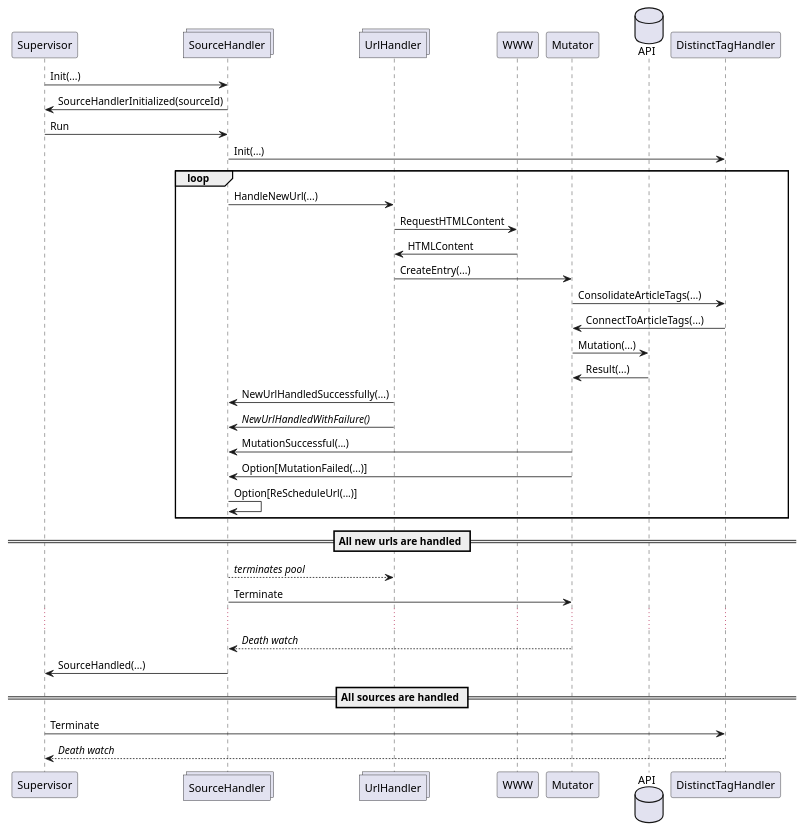
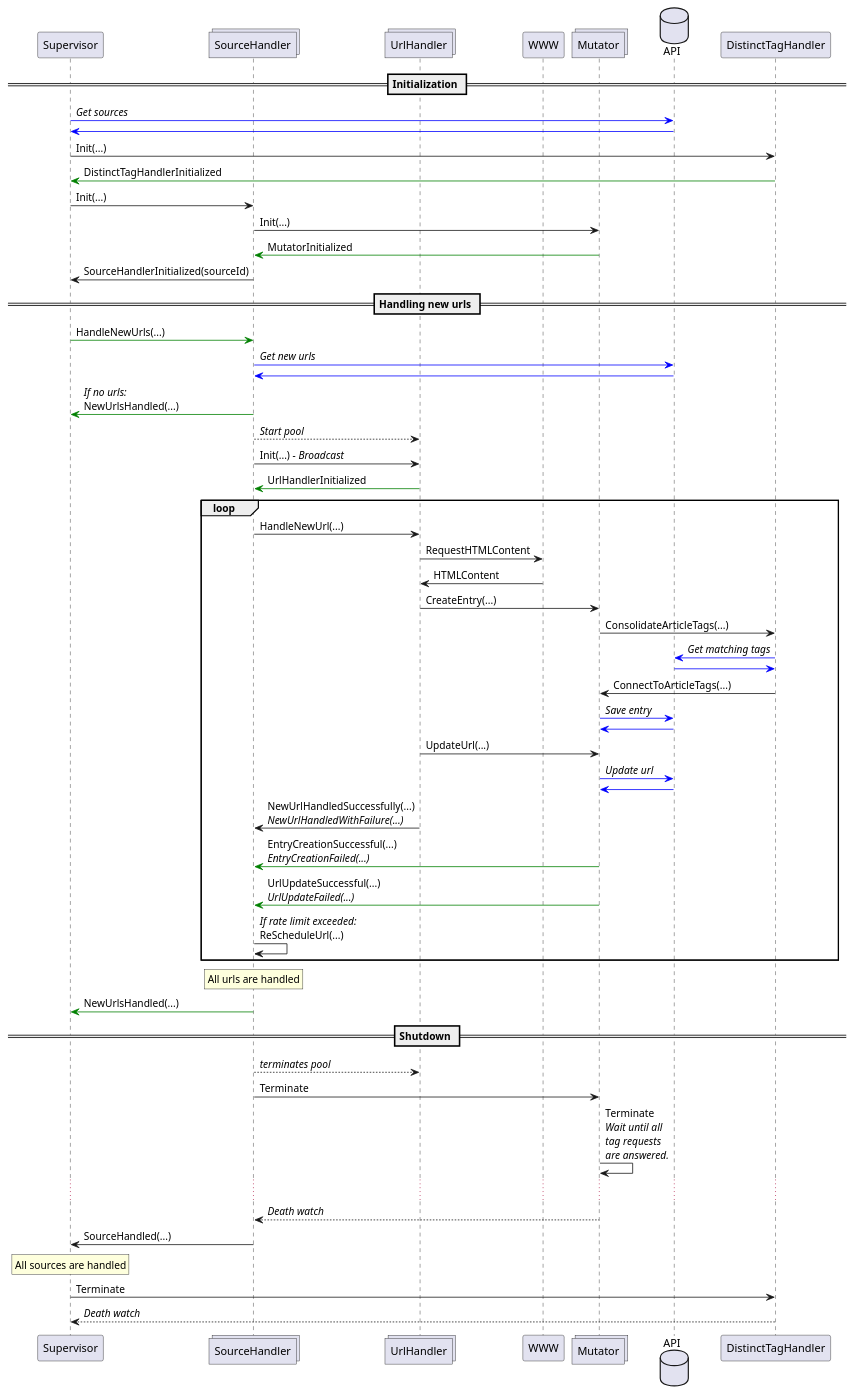
One commit to coverified/content_extractor changed the diagram in doc/draft.puml. Above: the diagram before and after it, drawn with PlantUML. The commit also changed 3 other files, not shown here.

```diff
--- a/doc/draft.puml
+++ b/doc/draft.puml
@@ -1,47 +1,75 @@
 @startuml
 participant Supervisor
 collections SourceHandler
 collections UrlHandler
 participant WWW
-participant Mutator
+collections Mutator
 database API
 
 
+== Initialization ==
+Supervisor -[#blue]> API: //Get sources//
+API -[#blue]> Supervisor
+Supervisor -> DistinctTagHandler: Init(...)
+DistinctTagHandler -[#green]> Supervisor: DistinctTagHandlerInitialized
+
 Supervisor -> SourceHandler: Init(...)
+SourceHandler -> Mutator: Init(...)
+Mutator -[#green]> SourceHandler: MutatorInitialized
 SourceHandler -> Supervisor: SourceHandlerInitialized(sourceId)
-Supervisor -> SourceHandler: Run
 
-SourceHandler -> DistinctTagHandler: Init(...)
+== Handling new urls ==
+Supervisor -[#green]> SourceHandler: HandleNewUrls(...)
+SourceHandler -[#blue]> API: //Get new urls//
+API -[#blue]> SourceHandler
+SourceHandler -[#green]> Supervisor: //If no urls://\nNewUrlsHandled(...)
+SourceHandler --> UrlHandler: //Start pool//
+SourceHandler -> UrlHandler: Init(...) //- Broadcast//
+UrlHandler -[#green]> SourceHandler: UrlHandlerInitialized
 
 loop
 SourceHandler -> UrlHandler: HandleNewUrl(...)
 UrlHandler -> WWW: RequestHTMLContent
 WWW -> UrlHandler: HTMLContent
 
 UrlHandler -> Mutator: CreateEntry(...)
 Mutator -> DistinctTagHandler: ConsolidateArticleTags(...)
+DistinctTagHandler -[#blue]> API: //Get matching tags//
+API -[#blue]> DistinctTagHandler
 DistinctTagHandler -> Mutator: ConnectToArticleTags(...)
-Mutator -> API: Mutation(...)
-API -> Mutator: Result(...)
-UrlHandler -> SourceHandler: NewUrlHandledSuccessfully(...)
-UrlHandler -> SourceHandler: //NewUrlHandledWithFailure()//
-Mutator -> SourceHandler: MutationSuccessful(...)
-Mutator -> SourceHandler: Option[MutationFailed(...)]
+Mutator -[#blue]> API: //Save entry//
+API -[#blue]> Mutator
+UrlHandler -> Mutator: UpdateUrl(...)
+Mutator -[#blue]> API: //Update url//
+API -[#blue]> Mutator
+UrlHandler -> SourceHandler: NewUrlHandledSuccessfully(...)\n//NewUrlHandledWithFailure(...)//
 
-SourceHandler -> SourceHandler: Option[ReScheduleUrl(...)]
+Mutator -[#green]> SourceHandler: EntryCreationSuccessful(...)\n//EntryCreationFailed(...)//
+Mutator -[#green]> SourceHandler: UrlUpdateSuccessful(...)\n//UrlUpdateFailed(...)//
+
+SourceHandler -> SourceHandler: //If rate limit exceeded://\nReScheduleUrl(...)
 end loop
 
-== All new urls are handled ==
+rnote over SourceHandler
+    All urls are handled
+endrnote
+
+SourceHandler -[#green]> Supervisor: NewUrlsHandled(...)
+
+== Shutdown ==
 
 SourceHandler --> UrlHandler: //terminates pool//
 SourceHandler -> Mutator: Terminate
+Mutator -> Mutator: Terminate\n//Wait until all//\n//tag requests//\n//are answered.//
 ...
 Mutator --> SourceHandler: //Death watch//
 
 SourceHandler -> Supervisor:SourceHandled(...)
 
-== All sources are handled ==
+rnote over Supervisor
+    All sources are handled
+endrnote
 Supervisor -> DistinctTagHandler: Terminate
 DistinctTagHandler --> Supervisor: //Death watch//
 
 @enduml
```
